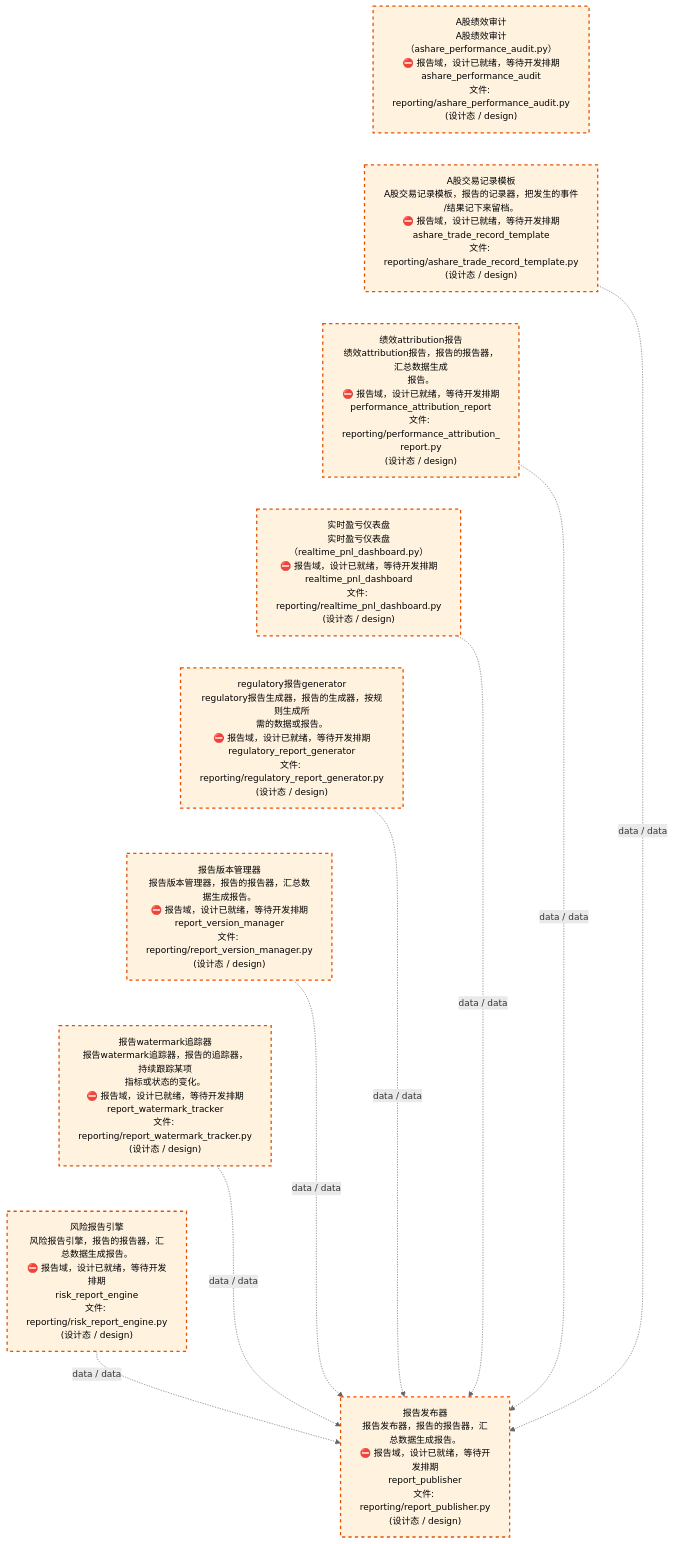
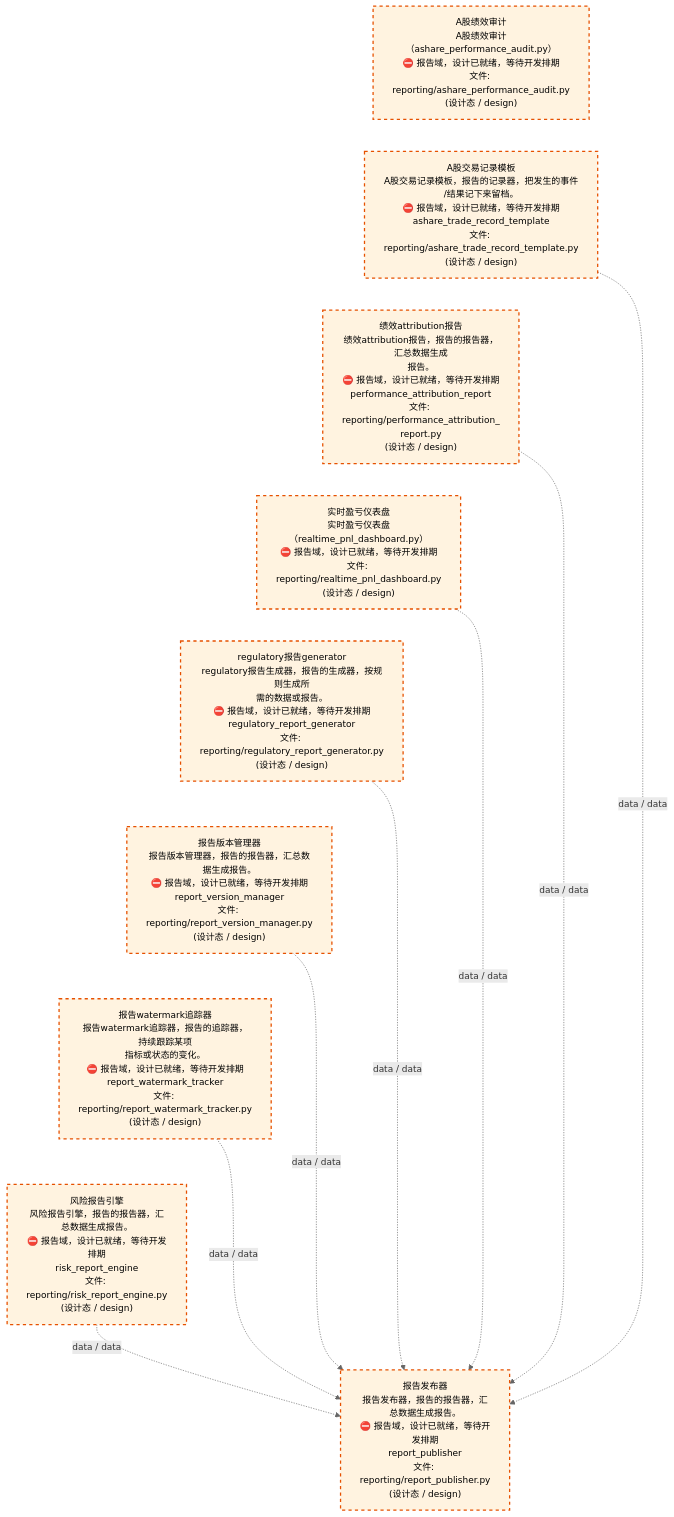
One commit to xuanFelixVan/ZephyrAlpha changed the third of 4 diagrams in docs/02_enterprise_architecture/02_domain_architecture_docs/26_d_reporting.md. Above: the diagram before and after it, drawn with Mermaid. The commit also changed other lines of this file and 60 other files, not shown here.

````diff
--- a/docs/02_enterprise_architecture/02_domain_architecture_docs/26_d_reporting.md
+++ b/docs/02_enterprise_architecture/02_domain_architecture_docs/26_d_reporting.md
@@ -137,32 +137,32 @@
 ```mermaid
 %%{init: {'theme': 'base', 'themeVariables': {'primaryColor': '#eaeaea', 'primaryTextColor': '#333333', 'primaryBorderColor': '#666666', 'lineColor': '#666666', 'secondaryColor': '#eaeaea', 'tertiaryColor': '#eaeaea', 'fontSize': '14px'}}}%%
 flowchart TD
-    src_zephyr_reporting_ashare_performance_audit_py["A股绩效审计<br/>A股绩效审计（ashare_performance_audit.py）<br/>⛔ 报告域，设计已就绪，等待开发排期<br/>ashare_performance_audit<br/>文件: reporting/ashare_performance_audit.py<br/>(设计态 / design)"]
+    src_zephyr_reporting_ashare_performance_audit_py["A股绩效审计<br/>A股绩效审计（ashare_performance_audit.py）<br/>⛔ 报告域，设计已就绪，等待开发排期<br/>文件: reporting/ashare_performance_audit.py<br/>(设计态 / design)"]
     src_zephyr_reporting_ashare_trade_record_template_py["A股交易记录模板<br/>A股交易记录模板，报告的记录器，把发生的事件<br/>/结果记下来留档。<br/>⛔ 报告域，设计已就绪，等待开发排期<br/>ashare_trade_record_template<br/>文件: reporting/ashare_trade_record_template.py<br/>(设计态 / design)"]
     src_zephyr_reporting_performance_attribution_report_py["绩效attribution报告<br/>绩效attribution报告，报告的报告器，汇总数据生成<br/>报告。<br/>⛔ 报告域，设计已就绪，等待开发排期<br/>performance_attribution_report<br/>文件: reporting/performance_attribution_<br/>report.py<br/>(设计态 / design)"]
-    src_zephyr_reporting_realtime_pnl_dashboard_py["实时盈亏仪表盘<br/>实时盈亏仪表盘（realtime_pnl_dashboard.py）<br/>⛔ 报告域，设计已就绪，等待开发排期<br/>realtime_pnl_dashboard<br/>文件: reporting/realtime_pnl_dashboard.py<br/>(设计态 / design)"]
+    src_zephyr_reporting_realtime_pnl_dashboard_py["实时盈亏仪表盘<br/>实时盈亏仪表盘（realtime_pnl_dashboard.py）<br/>⛔ 报告域，设计已就绪，等待开发排期<br/>文件: reporting/realtime_pnl_dashboard.py<br/>(设计态 / design)"]
     src_zephyr_reporting_regulatory_report_generator_py["regulatory报告generator<br/>regulatory报告生成器，报告的生成器，按规则生成所<br/>需的数据或报告。<br/>⛔ 报告域，设计已就绪，等待开发排期<br/>regulatory_report_generator<br/>文件: reporting/regulatory_report_generator.py<br/>(设计态 / design)"]
     src_zephyr_reporting_report_version_manager_py["报告版本管理器<br/>报告版本管理器，报告的报告器，汇总数据生成报告。<br/>⛔ 报告域，设计已就绪，等待开发排期<br/>report_version_manager<br/>文件: reporting/report_version_manager.py<br/>(设计态 / design)"]
     src_zephyr_reporting_report_watermark_tracker_py["报告watermark追踪器<br/>报告watermark追踪器，报告的追踪器，持续跟踪某项<br/>指标或状态的变化。<br/>⛔ 报告域，设计已就绪，等待开发排期<br/>report_watermark_tracker<br/>文件: reporting/report_watermark_tracker.py<br/>(设计态 / design)"]
     src_zephyr_reporting_risk_report_engine_py["风险报告引擎<br/>风险报告引擎，报告的报告器，汇总数据生成报告。<br/>⛔ 报告域，设计已就绪，等待开发排期<br/>risk_report_engine<br/>文件: reporting/risk_report_engine.py<br/>(设计态 / design)"]
     src_zephyr_reporting_ashare_performance_audit_py ~~~ src_zephyr_reporting_ashare_trade_record_template_py
     src_zephyr_reporting_ashare_trade_record_template_py ~~~ src_zephyr_reporting_performance_attribution_report_py
     src_zephyr_reporting_performance_attribution_report_py ~~~ src_zephyr_reporting_realtime_pnl_dashboard_py
     src_zephyr_reporting_realtime_pnl_dashboard_py ~~~ src_zephyr_reporting_regulatory_report_generator_py
     src_zephyr_reporting_regulatory_report_generator_py ~~~ src_zephyr_reporting_report_version_manager_py
     src_zephyr_reporting_report_version_manager_py ~~~ src_zephyr_reporting_report_watermark_tracker_py
     src_zephyr_reporting_report_watermark_tracker_py ~~~ src_zephyr_reporting_risk_report_engine_py
     src_zephyr_reporting_report_publisher_py["报告发布器<br/>报告发布器，报告的报告器，汇总数据生成报告。<br/>⛔ 报告域，设计已就绪，等待开发排期<br/>report_publisher<br/>文件: reporting/report_publisher.py<br/>(设计态 / design)"]
     src_zephyr_reporting_ashare_trade_record_template_py -.->|data / data| src_zephyr_reporting_report_publisher_py
     src_zephyr_reporting_realtime_pnl_dashboard_py -.->|data / data| src_zephyr_reporting_report_publisher_py
     src_zephyr_reporting_regulatory_report_generator_py -.->|data / data| src_zephyr_reporting_report_publisher_py
     src_zephyr_reporting_risk_report_engine_py -.->|data / data| src_zephyr_reporting_report_publisher_py
     src_zephyr_reporting_report_version_manager_py -.->|data / data| src_zephyr_reporting_report_publisher_py
     src_zephyr_reporting_performance_attribution_report_py -.->|data / data| src_zephyr_reporting_report_publisher_py
     src_zephyr_reporting_report_watermark_tracker_py -.->|data / data| src_zephyr_reporting_report_publisher_py
     classDef production fill:#e1f5fe,stroke:#01579b,stroke-width:2px,color:#000
     classDef design fill:#fff3e0,stroke:#e65100,stroke-width:2px,color:#000,stroke-dasharray: 5 5
     classDef external_prod fill:#e8f4fd,stroke:#0277bd,stroke-width:1px,color:#000
     classDef external_design fill:#fff8e7,stroke:#ef6c00,stroke-width:1px,color:#000,stroke-dasharray: 5 5
     class src_zephyr_reporting_ashare_performance_audit_py,src_zephyr_reporting_ashare_trade_record_template_py,src_zephyr_reporting_performance_attribution_report_py,src_zephyr_reporting_realtime_pnl_dashboard_py,src_zephyr_reporting_regulatory_report_generator_py,src_zephyr_reporting_report_publisher_py,src_zephyr_reporting_report_version_manager_py,src_zephyr_reporting_report_watermark_tracker_py,src_zephyr_reporting_risk_report_engine_py design
 ```
````
